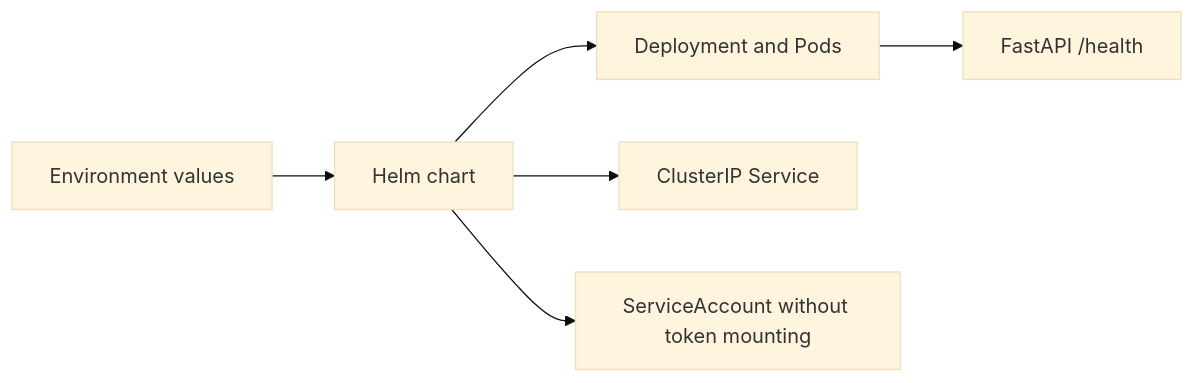
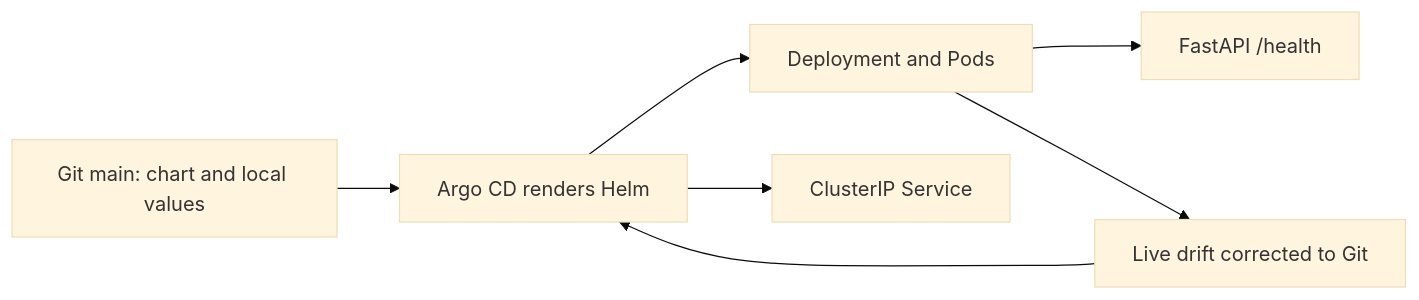
Before and after one commit to prasanthece42/aegis-gitops: the diagram in README.md, drawn with Mermaid (base theme). The commit also changed other lines of this file and 2 other files, not shown here.

Commit message:
Document verified Argo CD Git flow [skip ci]

````diff
--- a/README.md
+++ b/README.md
@@ -10,8 +10,9 @@
 ```mermaid
 flowchart LR
-    Values[Environment values] --> Helm[Helm chart]
-    Helm --> Deployment[Deployment and Pods]
-    Helm --> Service[ClusterIP Service]
-    Helm --> Account[ServiceAccount without token mounting]
+    Values[Git main: chart and local values] --> Argo[Argo CD renders Helm]
+    Argo --> Deployment[Deployment and Pods]
+    Argo --> Service[ClusterIP Service]
     Deployment --> API[FastAPI /health]
+    Deployment --> Drift[Live drift corrected to Git]
+    Drift --> Argo
 ```
````
